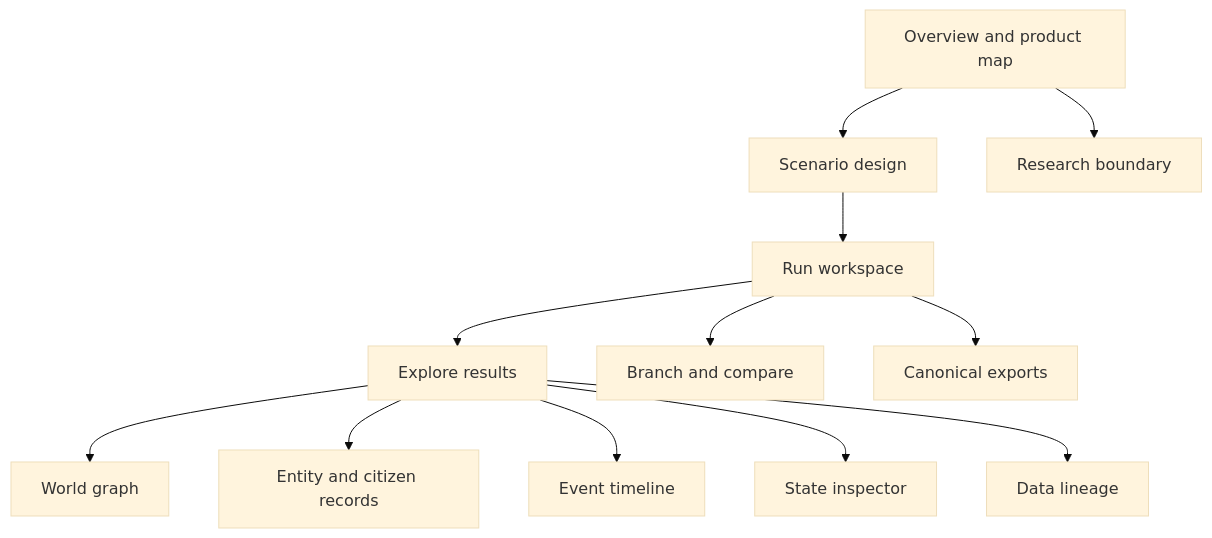
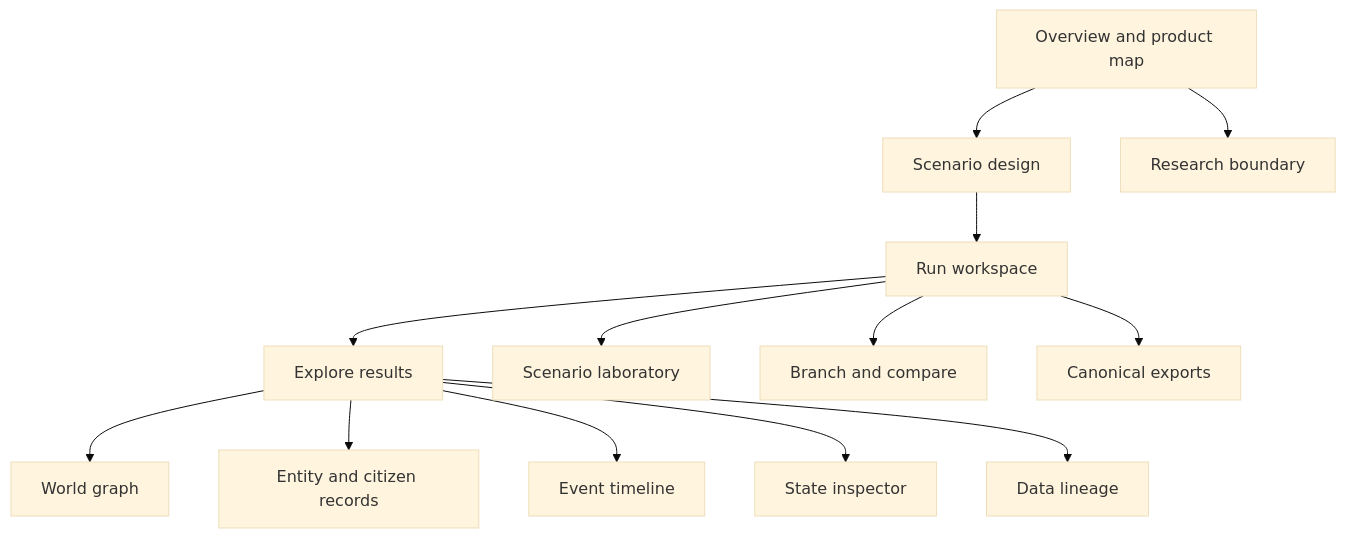
Before and after one commit to thedanieltan/aether-simulator: the diagram in docs/INFORMATION_ARCHITECTURE.md, drawn with Mermaid (base theme). The commit also changed other lines of this file and 22 other files, not shown here.

Commit message:
Add scenario laboratory (#15)

````diff
--- a/docs/INFORMATION_ARCHITECTURE.md
+++ b/docs/INFORMATION_ARCHITECTURE.md
@@ -25,14 +26,15 @@
 ```mermaid
 flowchart TD
   Overview["Overview and product map"] --> Design["Scenario design"]
   Design --> Run["Run workspace"]
   Run --> Explore["Explore results"]
+  Run --> Lab["Scenario laboratory"]
   Explore --> Graph["World graph"]
   Explore --> Entities["Entity and citizen records"]
   Explore --> Timeline["Event timeline"]
   Explore --> State["State inspector"]
   Explore --> Lineage["Data lineage"]
   Run --> Compare["Branch and compare"]
   Run --> Export["Canonical exports"]
   Overview --> Boundary["Research boundary"]
 ```
````
